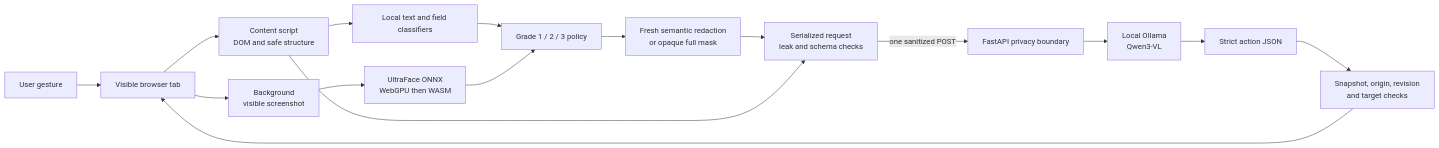
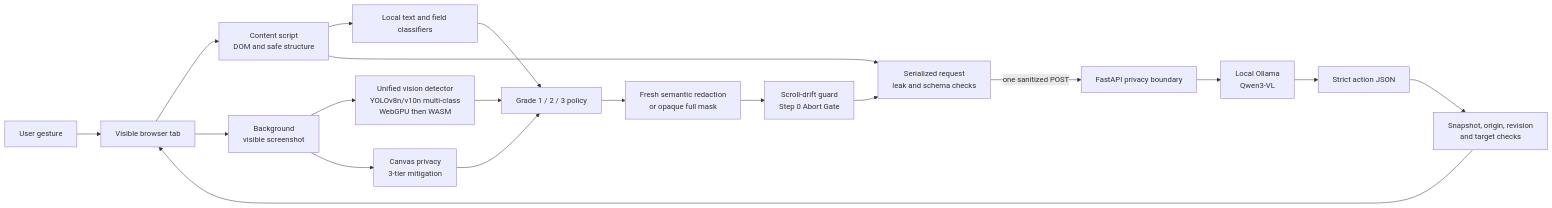
Before and after one commit to Rohinth-S/NAYAN: the first of 4 diagrams in README.md, drawn with Mermaid. The commit also changed other lines of this file and 10 other files, not shown here.

First line of the commit message:
feat: migrate to Approach B architecture

````diff
--- a/README.md
+++ b/README.md
@@ -41,18 +43,21 @@
 ```mermaid
 flowchart LR
     U[User gesture] --> T[Visible browser tab]
     T --> D[Content script<br/>DOM and safe structure]
     T --> S[Background<br/>visible screenshot]
     D --> C[Local text and field classifiers]
-    S --> F[UltraFace ONNX<br/>WebGPU then WASM]
+    S --> F[Unified vision detector<br/>YOLOv8n/v10n multi-class<br/>WebGPU then WASM]
+    S --> CV[Canvas privacy<br/>3-tier mitigation]
     C --> G[Grade 1 / 2 / 3 policy]
     F --> G
+    CV --> G
     G --> R[Fresh semantic redaction<br/>or opaque full mask]
-    R --> V[Serialized request<br/>leak and schema checks]
+    R --> SDG[Scroll-drift guard<br/>Step 0 Abort Gate]
+    SDG --> V[Serialized request<br/>leak and schema checks]
     D --> V
     V -->|one sanitized POST| B[FastAPI privacy boundary]
     B --> O[Local Ollama<br/>Qwen3-VL]
     O --> A[Strict action JSON]
     A --> X[Snapshot, origin, revision<br/>and target checks]
     X --> T
 ```
````
